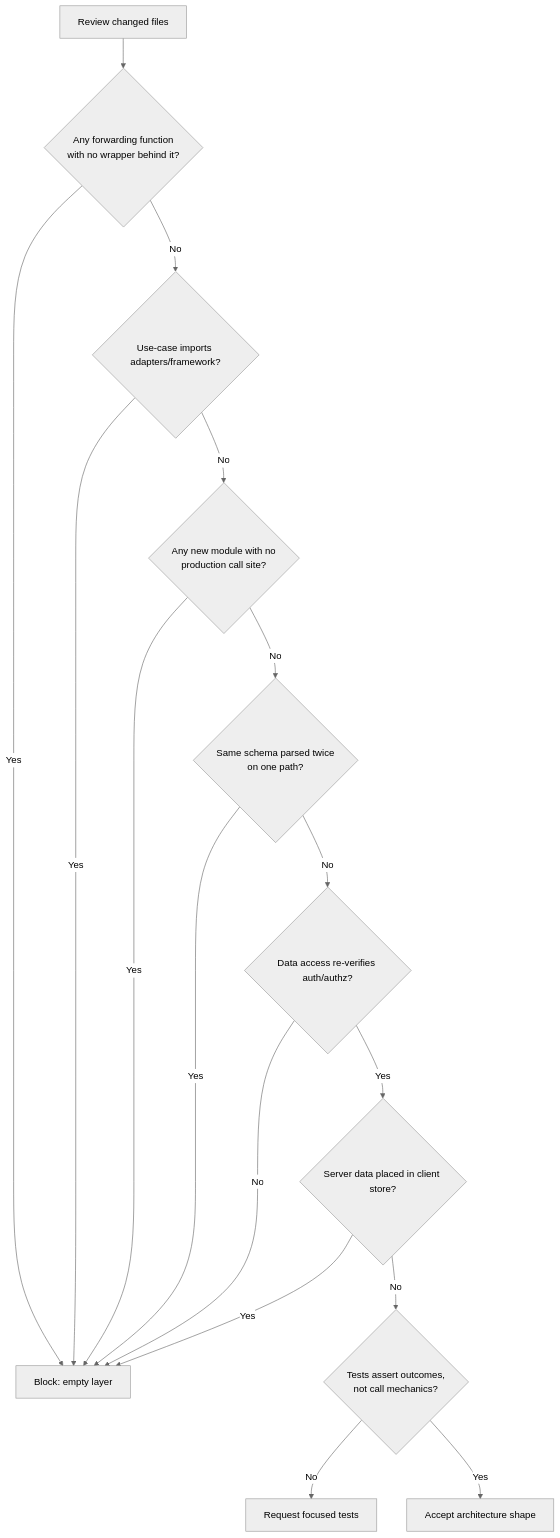
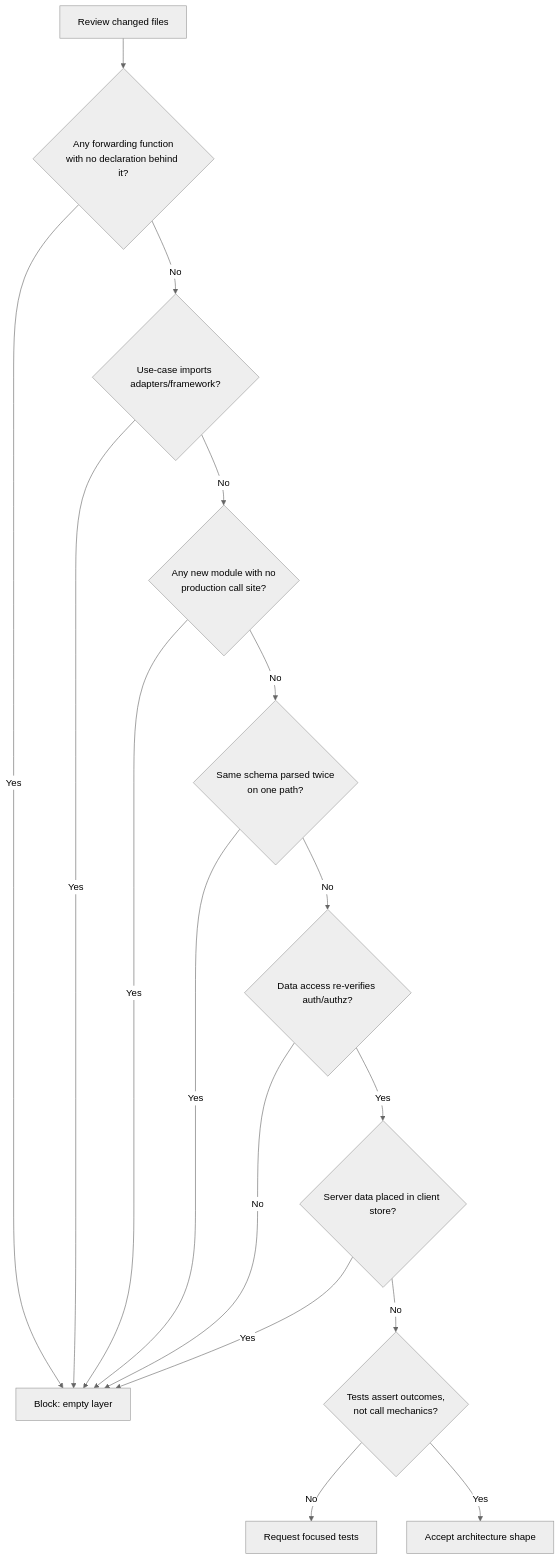
Before and after one commit to clicktronix/nextjs-clean-skills: the fifth of 5 diagrams in docs/agent-decision-maps.md, drawn with Mermaid (neutral theme). The commit also changed other lines of this file and 18 other files, not shown here.

````diff
--- a/docs/agent-decision-maps.md
+++ b/docs/agent-decision-maps.md
@@ -95,18 +95,18 @@
 ```mermaid
 flowchart TD
-  Start["Review changed files"] --> Forward{"Any forwarding function\nwith no wrapper behind it?"}
+  Start["Review changed files"] --> Forward{"Any forwarding function\nwith no declaration behind it?"}
   Forward -->|Yes| Block["Block: empty layer"]
   Forward -->|No| Imports{"Use-case imports adapters/framework?"}
   Imports -->|Yes| Block
   Imports -->|No| Unused{"Any new module with no\nproduction call site?"}
   Unused -->|Yes| Block
   Unused -->|No| Twice{"Same schema parsed twice\non one path?"}
   Twice -->|Yes| Block
   Twice -->|No| Auth{"Data access re-verifies auth/authz?"}
   Auth -->|No| Block
   Auth -->|Yes| ServerData{"Server data placed in client store?"}
   ServerData -->|Yes| Block
   ServerData -->|No| Tests{"Tests assert outcomes,\nnot call mechanics?"}
   Tests -->|No| RequestTests["Request focused tests"]
   Tests -->|Yes| Accept["Accept architecture shape"]
 ```
````
